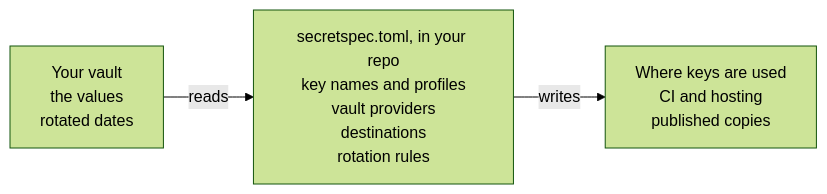
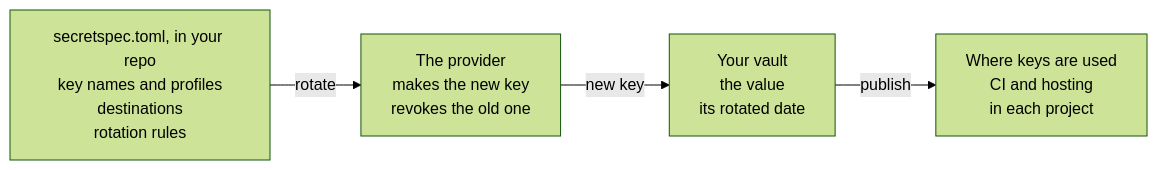
Before and after one commit to caiopizzol/keypin: the diagram in docs/introduction/how-it-works.md, drawn with Mermaid (forest theme). The commit also changed other lines of this file and 5 other files, not shown here.

````diff
--- a/docs/introduction/how-it-works.md
+++ b/docs/introduction/how-it-works.md
@@ -7,5 +7,6 @@
 ```mermaid
 flowchart LR
-  vault["Your vault<br>the values<br>rotated dates"] -- reads --> map["secretspec.toml, in your repo<br>key names and profiles<br>vault providers<br>destinations<br>rotation rules"]
-  map -- writes --> used["Where keys are used<br>CI and hosting<br>published copies"]
+  map["secretspec.toml, in your repo<br>key names and profiles<br>destinations<br>rotation rules"] -- rotate --> provider["The provider<br>makes the new key<br>revokes the old one"]
+  provider -- new key --> vault["Your vault<br>the value<br>its rotated date"]
+  vault -- publish --> used["Where keys are used<br>CI and hosting<br>in each project"]
 ```
````
